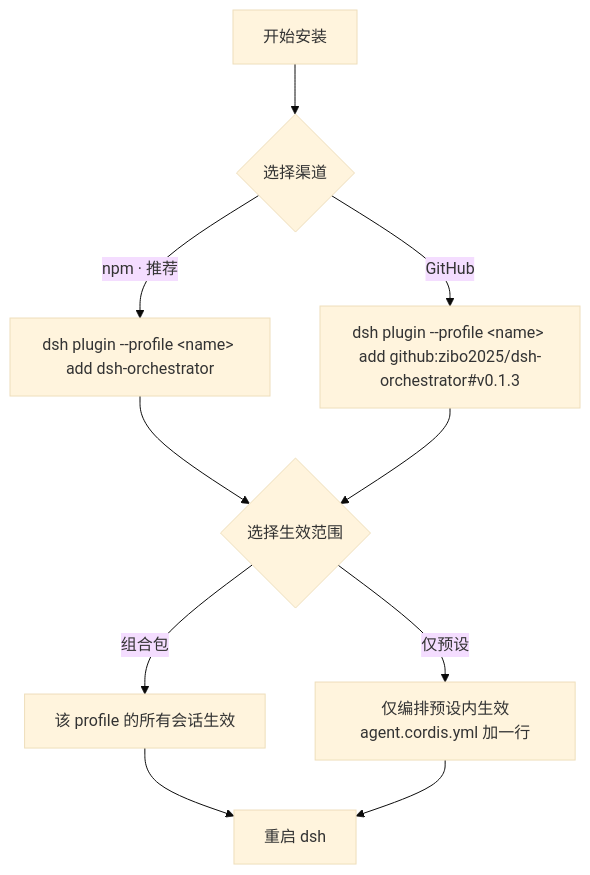
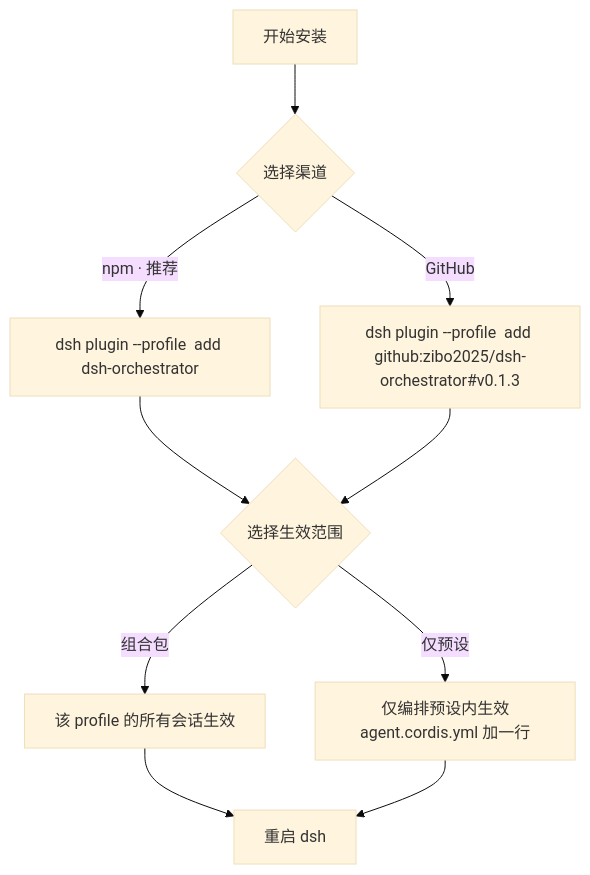
One commit to rockeymen/dsh-plugins changed the second of 2 diagrams in readmes-clean/zibo2025-dsh-orchestrator.md. Above: the diagram before and after it, drawn with Mermaid (base theme). The commit also changed 305 other files, not shown here.

````diff
--- a/readmes-clean/zibo2025-dsh-orchestrator.md
+++ b/readmes-clean/zibo2025-dsh-orchestrator.md
@@ -46,12 +46,12 @@
 ```mermaid
 flowchart TD
     A[开始安装] --> B{选择渠道}
-    B -- npm · 推荐 --> C["dsh plugin --profile &lt;name&gt; add dsh-orchestrator"]
-    B -- GitHub --> D["dsh plugin --profile &lt;name&gt; add github:zibo2025/dsh-orchestrator#v0.1.3"]
+    B -- npm · 推荐 --> C["dsh plugin --profile <name> add dsh-orchestrator"]
+    B -- GitHub --> D["dsh plugin --profile <name> add github:zibo2025/dsh-orchestrator#v0.1.3"]
     C --> E{选择生效范围}
     D --> E
     E -- 组合包 --> F[该 profile 的所有会话生效]
     E -- 仅预设 --> G[仅编排预设内生效agent.cordis.yml 加一行]
     F --> H[重启 dsh]
     G --> H
 ```
````
